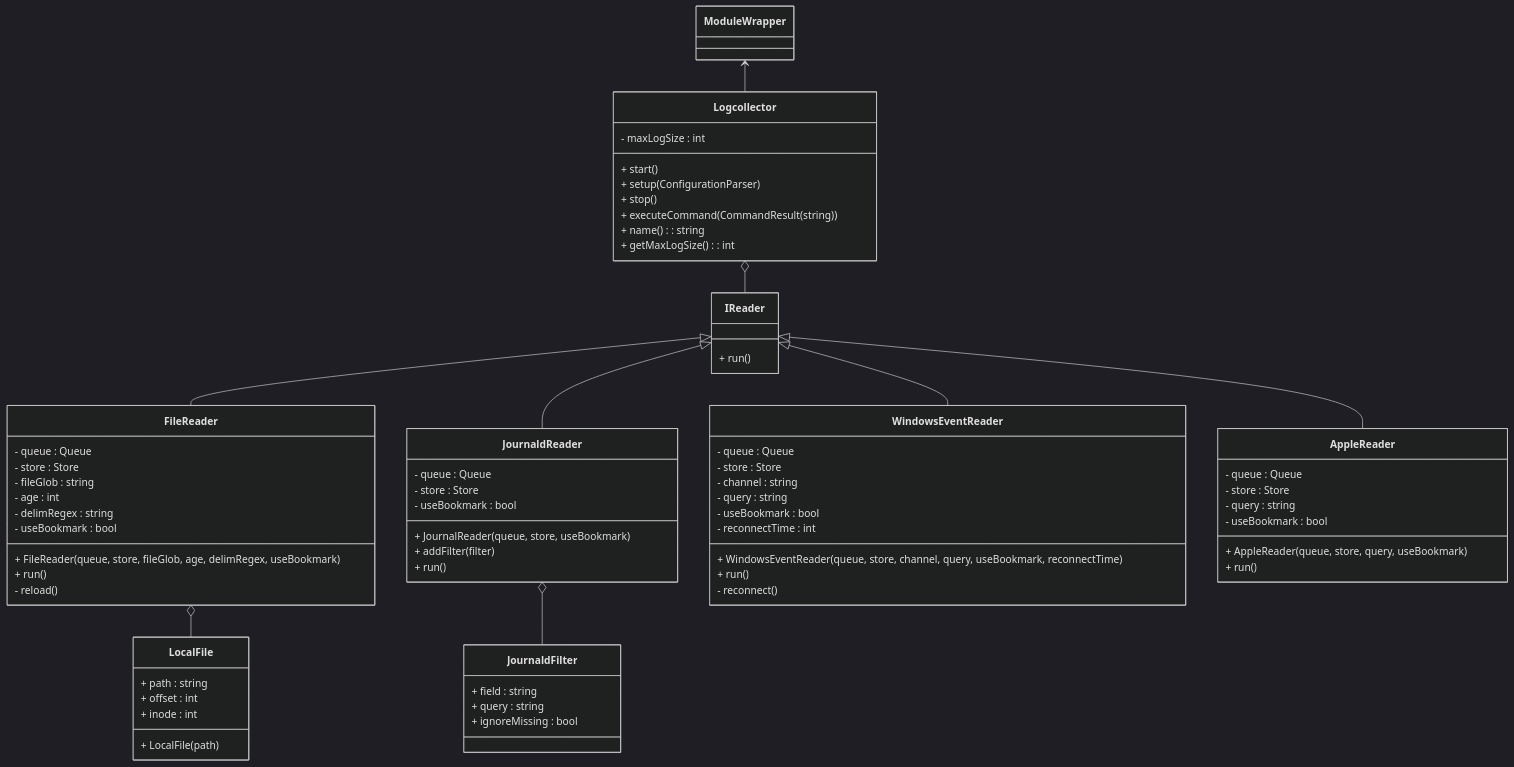
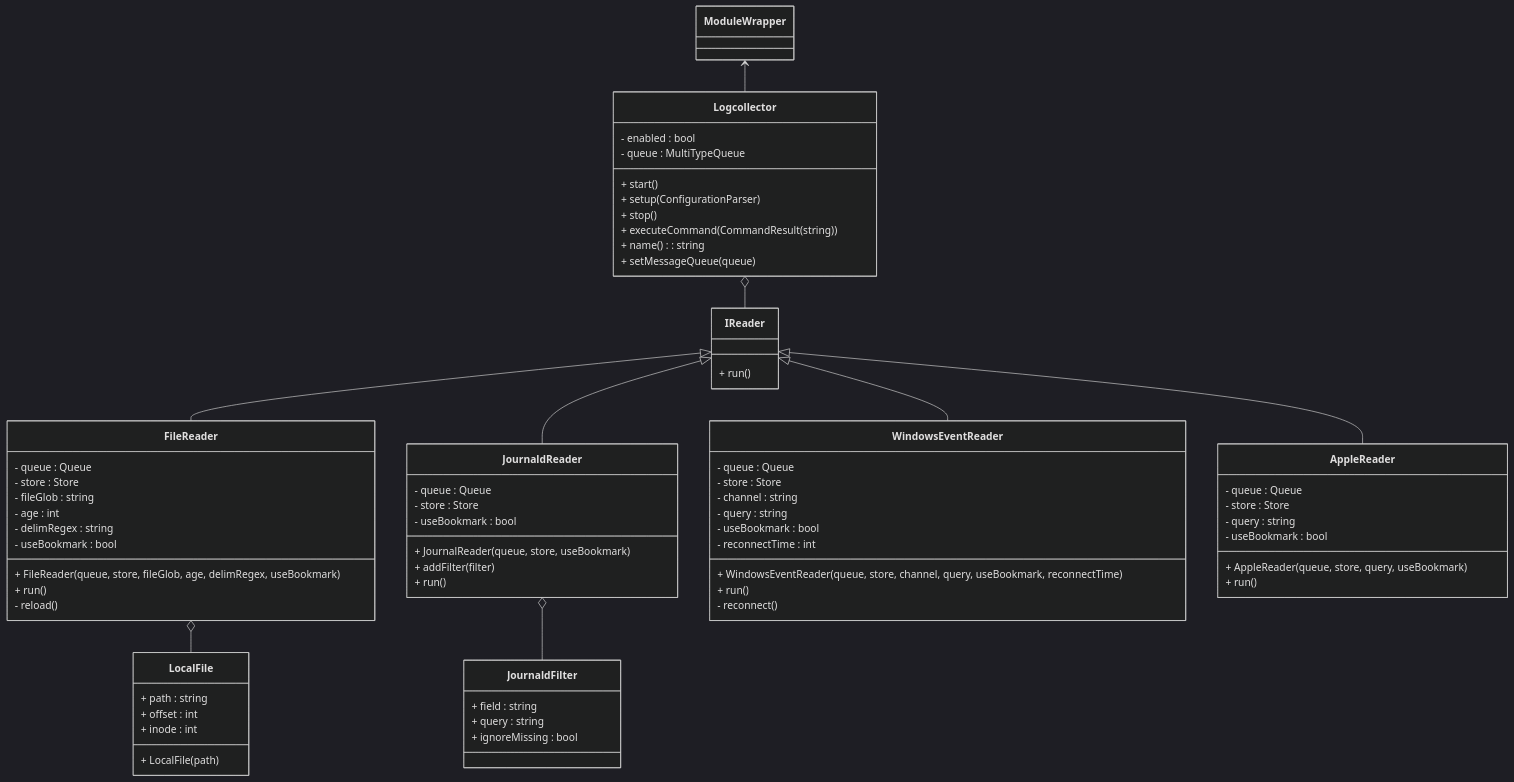
The diagram in src/modules/logcollector/README.md (wazuh/wazuh-agent), drawn with Mermaid (dark theme) before and after one commit. The commit also changed other lines of this file, not shown here.

````diff
--- a/src/modules/logcollector/README.md
+++ b/src/modules/logcollector/README.md
@@ -104,73 +111,74 @@
 ```mermaid
 classDiagram
     class ModuleWrapper
     class Logcollector {
-        - maxLogSize : int
+        - enabled : bool
+        - queue : MultiTypeQueue
         + start()
         + setup(ConfigurationParser)
         + stop()
         + executeCommand(CommandResult(string))
         + name() : string
-        + getMaxLogSize() : int
+        + setMessageQueue(queue)
     }
     class IReader {
         + run()
     }
     class FileReader {
         - queue : Queue
         - store : Store
         - fileGlob : string
         - age : int
         - delimRegex : string
         - useBookmark : bool
         + FileReader(queue, store, fileGlob, age, delimRegex, useBookmark)
         + run()
         - reload()
     }
     class LocalFile {
         + LocalFile(path)
         + path : string
         + offset : int
         + inode : int
     }
     class JournaldReader {
         - queue : Queue
         - store : Store
         - useBookmark : bool
         + JournalReader(queue, store, useBookmark)
         + addFilter(filter)
         + run()
     }
     class JournaldFilter {
         + field : string
         + query : string
         + ignoreMissing : bool
     }
     class WindowsEventReader {
         - queue : Queue
         - store : Store
         - channel : string
         - query : string
         - useBookmark : bool
         - reconnectTime : int
         + WindowsEventReader(queue, store, channel, query, useBookmark, reconnectTime)
         + run()
         - reconnect()
     }
     class AppleReader {
         - queue : Queue
         - store : Store
         - query : string
         - useBookmark : bool
         + AppleReader(queue, store, query, useBookmark)
         + run()
     }
     ModuleWrapper <-- Logcollector
     Logcollector o-- IReader
     IReader <|-- FileReader
     IReader <|-- JournaldReader
     IReader <|-- WindowsEventReader
     IReader <|-- AppleReader
     FileReader o-- LocalFile
     JournaldReader o-- JournaldFilter
 ```
````
